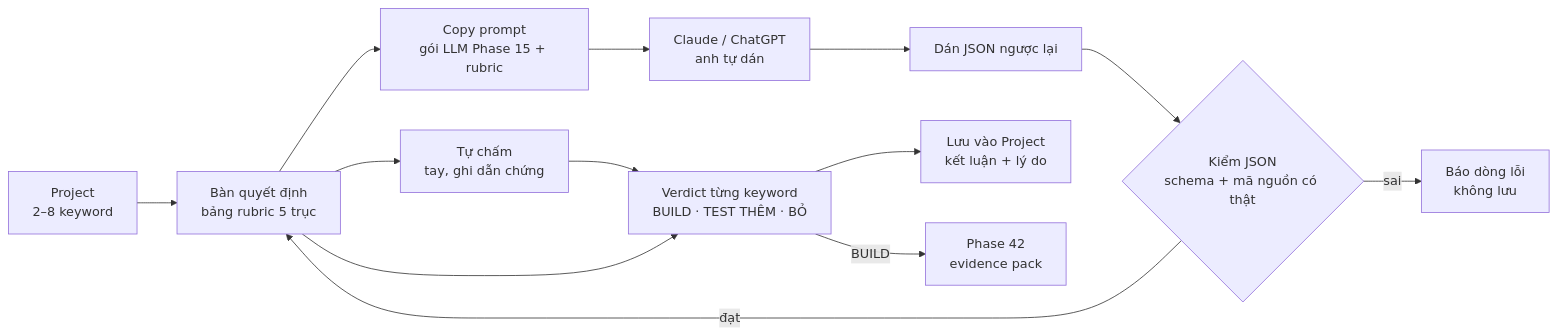
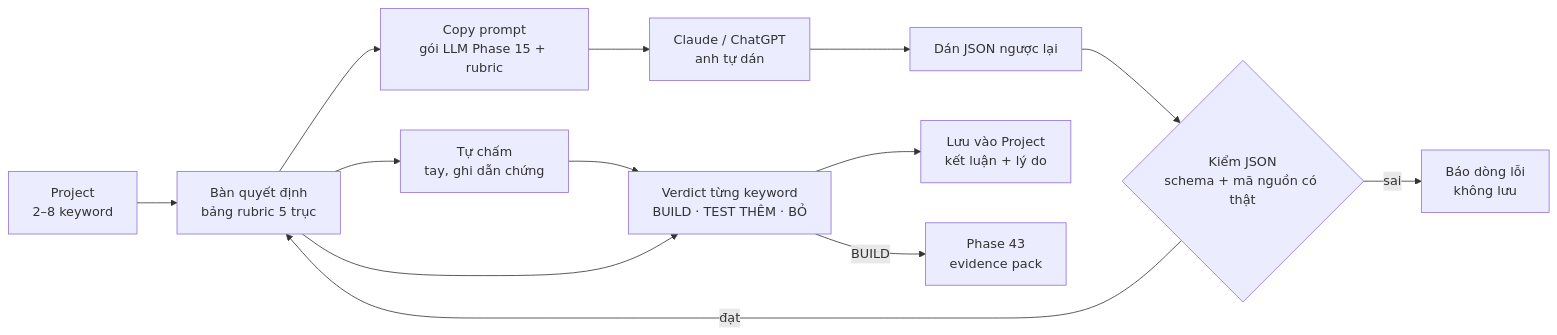
One commit to nvminhtu/niche-radar-docs changed the diagram in docs/web/phase-16-decision-board.md. Above: the diagram before and after it, drawn with Mermaid. The commit also changed other lines of this file and 384 other files, not shown here.

````diff
--- a/docs/web/phase-16-decision-board.md
+++ b/docs/web/phase-16-decision-board.md
@@ -30,14 +30,14 @@
 ```mermaid
 flowchart LR
   P[Project<br/>2–8 keyword] --> B[Bàn quyết định<br/>bảng rubric 5 trục]
   B --> M[Tự chấm<br/>tay, ghi dẫn chứng]
   B --> C[Copy prompt<br/>gói LLM Phase 15 + rubric]
   C --> AI[Claude / ChatGPT<br/>anh tự dán]
   AI --> J[Dán JSON ngược lại]
   J --> K{Kiểm JSON<br/>schema + mã nguồn có thật}
   K -->|đạt| B
   K -->|sai| E[Báo dòng lỗi<br/>không lưu]
   M & B --> V[Verdict từng keyword<br/>BUILD · TEST THÊM · BỎ]
   V --> S[Lưu vào Project<br/>kết luận + lý do]
-  V -->|BUILD| X[Phase 42<br/>evidence pack]
+  V -->|BUILD| X[Phase 43<br/>evidence pack]
 ```
````
